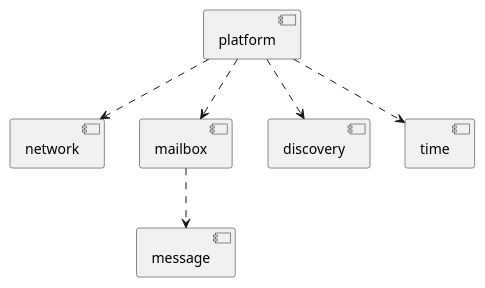
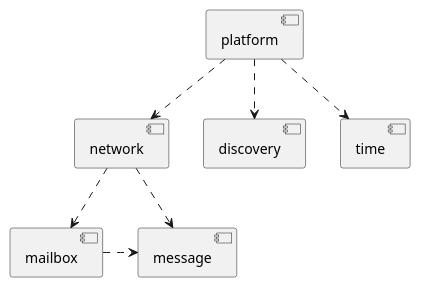
One commit to lm98/masters-thesis changed the diagram in figures/diagrams/code/rufi-distributed-architecture.puml. Above: the diagram before and after it, drawn with PlantUML. The commit also changed 1 other file, not shown here.

Commit message:
refactor: refactor distributed arch diagram

```diff
--- a/figures/diagrams/code/rufi-distributed-architecture.puml
+++ b/figures/diagrams/code/rufi-distributed-architecture.puml
@@ -1,14 +1,15 @@
 @startuml
 component network as nt
 component mailbox as mb
 component discovery as ds
 component platform as pt
 component time as tt
 component message as ms
 
 pt ..> nt
-pt ..> mb
+nt ..> mb
 pt ..> tt
 pt ..> ds
-mb ..> ms
+nt ..> ms
+mb .right.> ms
 @enduml
```
